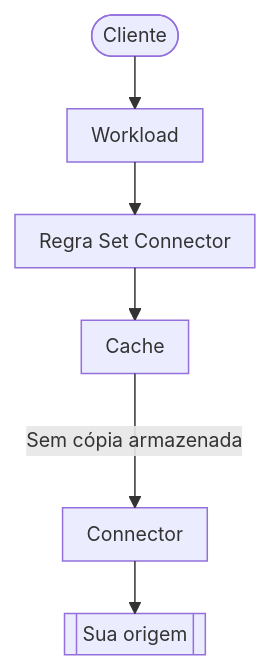
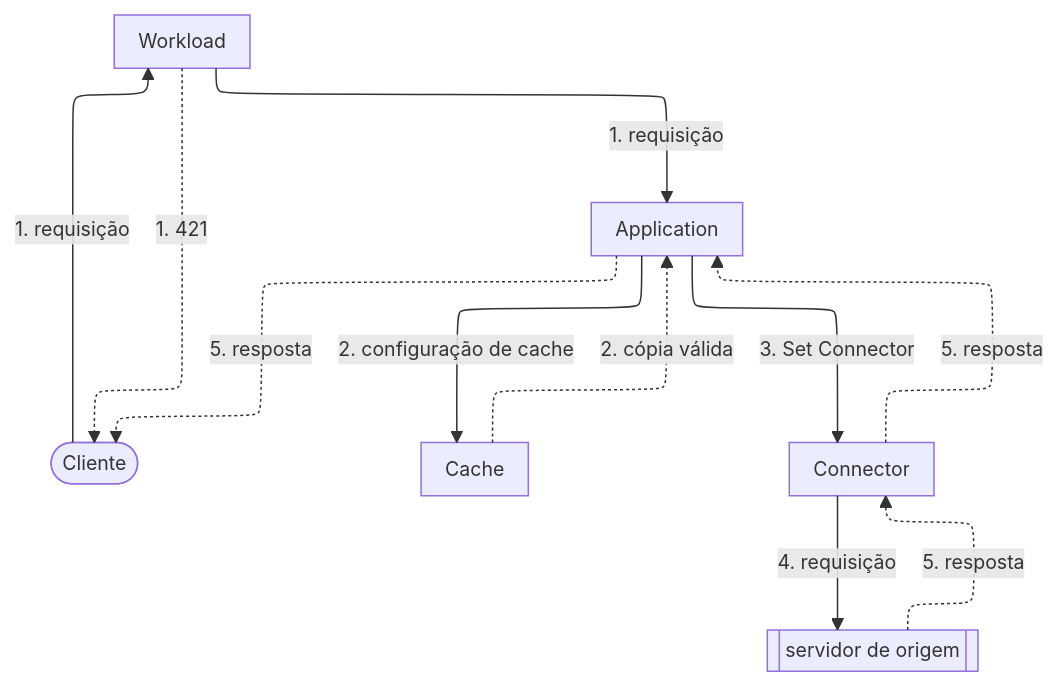
Before and after one commit to aziontech/docs: the diagram in apps/docs/src/content/docs/pt-br/pages/menu-principal/referencia/secure/edge-connector/edge-connector.mdx, drawn with Mermaid. The commit also changed other lines of this file and 83 other files, not shown here.

````diff
--- a/apps/docs/src/content/docs/pt-br/pages/menu-principal/referencia/secure/edge-connector/edge-connector.mdx
+++ b/apps/docs/src/content/docs/pt-br/pages/menu-principal/referencia/secure/edge-connector/edge-connector.mdx
@@ -56,9 +36,20 @@
 ```mermaid
-%%{init: {"layout": "elk", "themeVariables": {"fontSize": "13px"}, "flowchart": {"nodeSpacing": 24, "rankSpacing": 36, "padding": 8, "wrappingWidth": 150, "useMaxWidth": true}, "sequence": {"width": 120, "actorMargin": 30, "useMaxWidth": true}}}%%
+%%{init: {"layout": "elk", "elk": {"cycleBreakingStrategy": "MODEL_ORDER"}, "themeVariables": {"fontSize": "13px"}, "flowchart": {"nodeSpacing": 24, "rankSpacing": 36, "padding": 8, "wrappingWidth": 150, "useMaxWidth": true}, "sequence": {"width": 120, "actorMargin": 30, "useMaxWidth": true}}}%%
 flowchart TD
-  C(["Cliente"]) --> W["Workload"]
-  W --> R["Regra Set Connector"]
-  R --> K["Cache"]
-  K -->|"Sem cópia armazenada"| N["Connector"]
-  N --> O[["Sua origem"]]
+  Client(["Cliente"])
+  WL["Workload"]
+  App["Application"]
+  Cache["Cache"]
+  Conn["Connector"]
+  Origin[["servidor de origem"]]
+  Client -->|"1. requisição"| WL
+  WL -.->|"1. 421"| Client
+  WL -->|"1. requisição"| App
+  App -->|"2. configuração de cache"| Cache
+  Cache -.->|"2. cópia válida"| App
+  App -->|"3. Set Connector"| Conn
+  Conn -->|"4. requisição"| Origin
+  Origin -.->|"5. resposta"| Conn
+  Conn -.->|"5. resposta"| App
+  App -.->|"5. resposta"| Client
 ```
````
